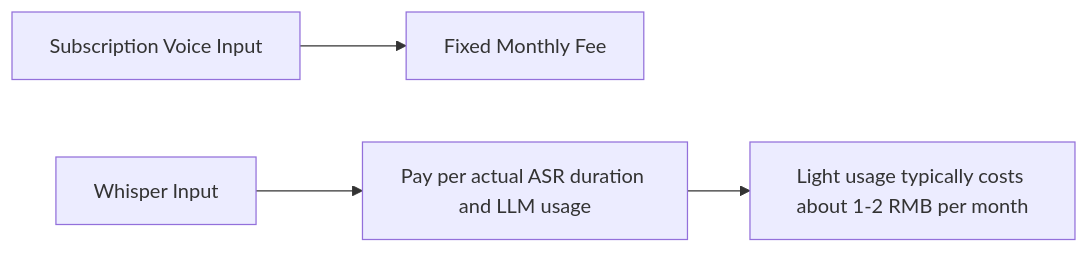
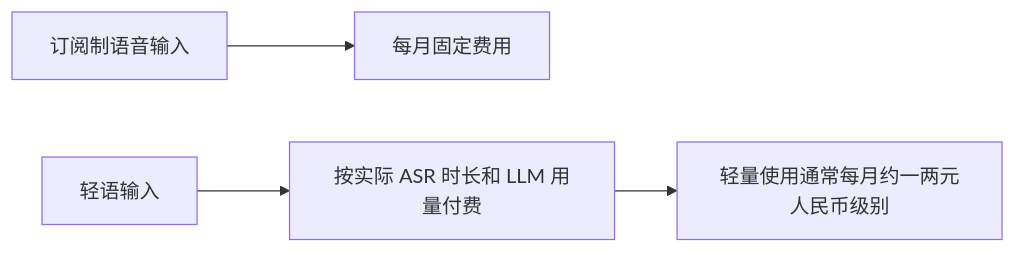
One commit to EthanYoQ/whisper-input changed the fifth of 5 diagrams in README.md. Above: the diagram before and after it, drawn with Mermaid. The commit also changed other lines of this file and 2 other files, not shown here.

````diff
--- a/README.md
+++ b/README.md
@@ -257,6 +253,6 @@
 ```mermaid
 flowchart LR
-  A["Subscription Voice Input"] --> B["Fixed Monthly Fee"]
-  C["Whisper Input"] --> D["Pay per actual ASR duration and LLM usage"]
-  D --> E["Light usage typically costs about 1-2 RMB per month"]
+  A["订阅制语音输入"] --> B["每月固定费用"]
+  C["轻语输入"] --> D["按实际 ASR 时长和 LLM 用量付费"]
+  D --> E["轻量使用通常每月约一两元人民币级别"]
 ```
````
